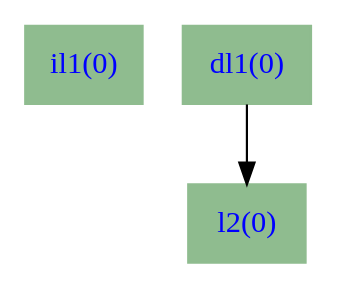
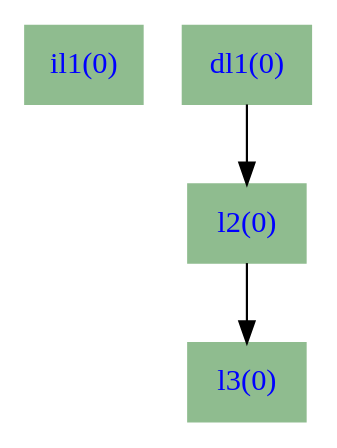
Before and after one commit to ferdous313/desesc: the diagram in memory-arch.dot, drawn with Graphviz. The commit also changed 17 other files, not shown here.

```diff
--- a/memory-arch.dot
+++ b/memory-arch.dot
@@ -1,13 +1,16 @@
 
 digraph simple_hierarchy {
 
 node [color=Green,fontcolor=Blue,font=Courier,shape=record]
 
 
 "il1(0)"[shape=record,sides=5,peripheries=2,color=darkseagreen,style=filled]
 
+"l3(0)"[shape=record,sides=5,peripheries=2,color=darkseagreen,style=filled]
+"l2(0)" -> "l3(0)"
+
 "l2(0)"[shape=record,sides=5,peripheries=2,color=darkseagreen,style=filled]
 "dl1(0)" -> "l2(0)"
 
 "dl1(0)"[shape=record,sides=5,peripheries=2,color=darkseagreen,style=filled]
 }
```
